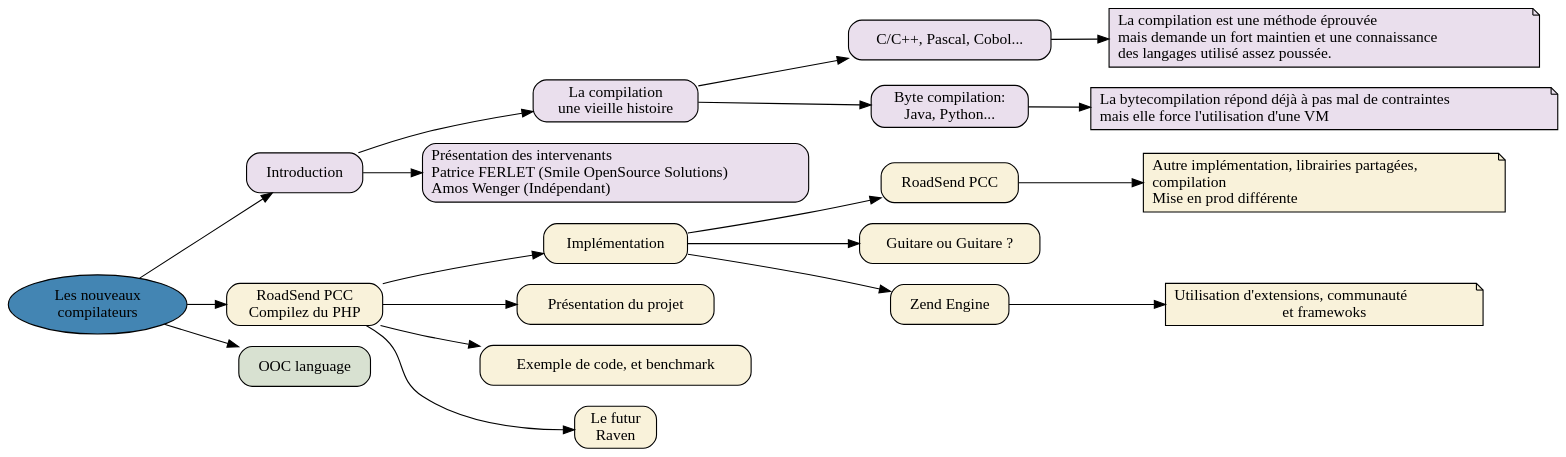
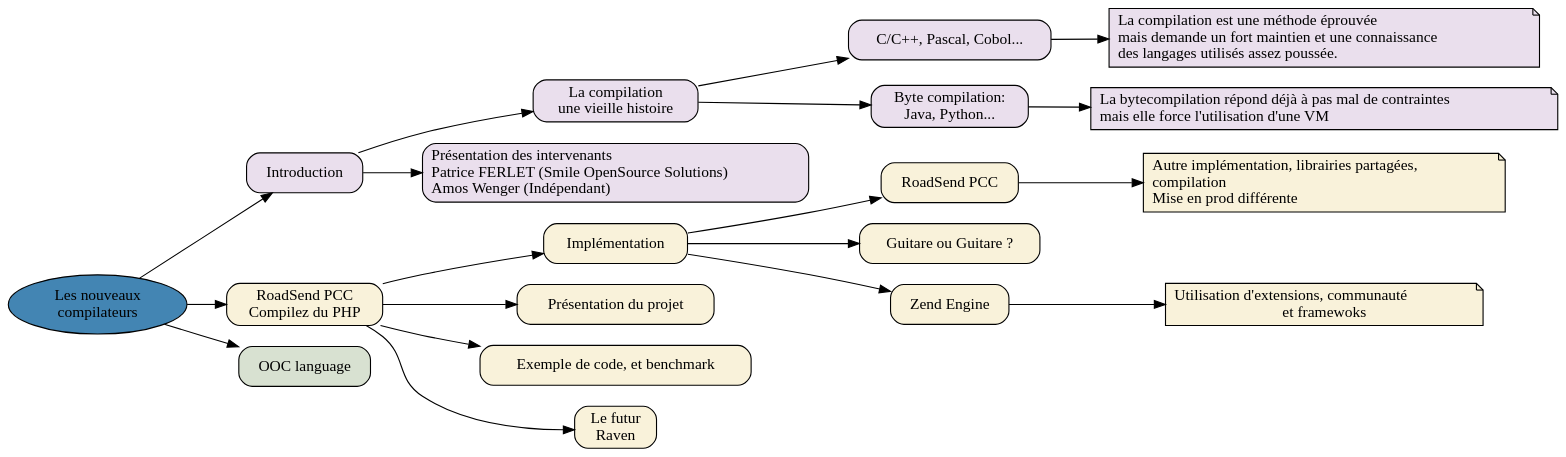
Before and after one commit to fasterthanlime/jdll09: the diagram in plan.dot, drawn with Graphviz.

Commit message:
Petite faute d'orthographe

```diff
--- a/plan.dot
+++ b/plan.dot
@@ -1,93 +1,93 @@
 digraph G {
 
     /**
     * Chaque grande partie est placée dans un sous-graph pour une meilleure gestion
     * de placement, de couleur etc...
     * Ne pas hésiter à utiliser des labels plutôt que des noms directs
     */
 
 
     graph [rankdir="LR" , fontname="sans", bgcolor=transparent]
     /* Par défaut on spécifie que les noeuds n'ont pas de forme */
     node [shape=record, style="rounded,filled", fillcolor="#FFFFFF"]
 
     /* Noeud titre en ellipse */
     title [shape=ellipse, label="Les nouveaux\ncompilateurs", fillcolor="#4385b3"]
    
 
      
     subgraph Introduction_section {
         graph [rankdir="RL"]
         node [fillcolor="#eadfed"]
         //les noeuds et les notes...
         Compilation [label="La compilation\nune vieille histoire"]
         Compilation_note [
             shape=note, 
-            label="La compilation est une méthode éprouvée\lmais demande un fort maintien et une connaissance\ldes langages utilisé assez poussée.\l"
+            label="La compilation est une méthode éprouvée\lmais demande un fort maintien et une connaissance\ldes langages utilisés assez poussée.\l"
         ]
         ByteCompilation_note [
             shape=note, 
             label="La bytecompilation répond déjà à pas mal de contraintes\lmais elle force l'utilisation d'une VM\l"
         ]
 
 
         /* Déroulement */
         title -> Introduction
         Introduction -> "Présentation des intervenants\lPatrice FERLET (Smile OpenSource Solutions)\lAmos Wenger (Indépendant)\l"
         Introduction -> Compilation
         Compilation -> "C/C++, Pascal, Cobol..." -> Compilation_note        
         Compilation -> "Byte compilation:\nJava, Python..." -> ByteCompilation_note
         
     }
 
     
     /** 
     * Sous partie pour PCC
     * Intervenant: Patrice FERLET
     */
     subgraph PCC_section {
         graph [rankdir="RL"]
         node [fillcolor="#f9f2da"]
        
         //les noeuds, les notes...  
         PCC [label="RoadSend PCC\nCompilez du PHP"]
         ZEngine_note [
             shape=note, 
             label="Utilisation d'extensions, communauté\let framewoks\n"]
         PCC_note [
             shape=note, 
             label="Autre implémentation, librairies partagées,\lcompilation\lMise en prod différente\l"
         ]
         PCC_imp [
             label="RoadSend PCC"
         ]
         
 
 
         /* Déroulement */
         title -> PCC
         PCC->"Implémentation"
         "Implémentation" -> "Guitare ou Guitare ?" /* Là je vais montrer une guitare éléctrique et une classique, et expliquer que ce sont deux implémentation de guitares*/
 
         /* Une explication sur les différentes implémentation de PHP */
         "Implémentation" -> "Zend Engine"
         "Zend Engine" -> ZEngine_note
 
         "Implémentation" -> PCC_imp
         PCC_imp -> PCC_note        
 
         /* Déroulement de la présentation de PCC */
         PCC -> "Présentation du projet"
         PCC -> "Exemple de code, et benchmark"
         PCC -> "Le futur\nRaven"
         
     }
 
     subgraph OOC_section {
         graph [rankdir="RL"]
         /* Noeud pour OOC (Amos Wenger) */
         node [fillcolor="#d8e1d1"]
         OOC [label="OOC language"]
         title->OOC
     }
 }
```
